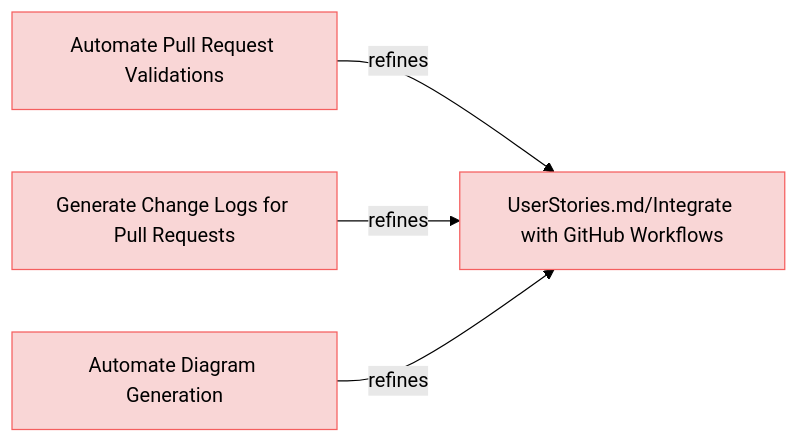
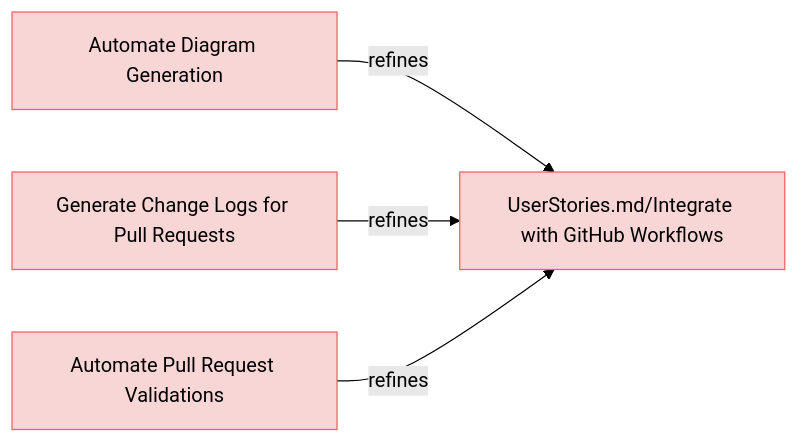
The fourth of 8 diagrams in specifications/UserRequirements.md (reqvire-org/reqvire), drawn with Mermaid (forest theme) before and after one commit. The commit also changed other lines of this file and 18 other files, not shown here.

````diff
--- a/specifications/UserRequirements.md
+++ b/specifications/UserRequirements.md
@@ -269,24 +269,24 @@
 ```mermaid
 graph LR;
   %% Graph styling
   classDef requirement fill:#f9d6d6,stroke:#f55f5f,stroke-width:1px;
   classDef verification fill:#d6f9d6,stroke:#5fd75f,stroke-width:1px;
   classDef externalLink fill:#d0e0ff,stroke:#3080ff,stroke-width:1px;
   classDef default fill:#f5f5f5,stroke:#333333,stroke-width:1px;
 
-  15f2f511b2399406["Automate Pull Request Validations"];
-  class 15f2f511b2399406 requirement;
-  click 15f2f511b2399406 "UserRequirements.md#automate-pull-request-validations";
+  98a581084d5542fa["Automate Diagram Generation"];
+  class 98a581084d5542fa requirement;
+  click 98a581084d5542fa "UserRequirements.md#automate-diagram-generation";
   98eaeddc27f99e11["UserStories.md/Integrate with GitHub Workflows"];
   class 98eaeddc27f99e11 requirement;
   click 98eaeddc27f99e11 "UserStories.md#integrate-with-github-workflows";
-  15f2f511b2399406 -->|refines| 98eaeddc27f99e11;
+  98a581084d5542fa -->|refines| 98eaeddc27f99e11;
   672b444a568468b8["Generate Change Logs for Pull Requests"];
   class 672b444a568468b8 requirement;
   click 672b444a568468b8 "UserRequirements.md#generate-change-logs-for-pull-requests";
   672b444a568468b8 -->|refines| 98eaeddc27f99e11;
-  98a581084d5542fa["Automate Diagram Generation"];
-  class 98a581084d5542fa requirement;
-  click 98a581084d5542fa "UserRequirements.md#automate-diagram-generation";
-  98a581084d5542fa -->|refines| 98eaeddc27f99e11;
+  15f2f511b2399406["Automate Pull Request Validations"];
+  class 15f2f511b2399406 requirement;
+  click 15f2f511b2399406 "UserRequirements.md#automate-pull-request-validations";
+  15f2f511b2399406 -->|refines| 98eaeddc27f99e11;
 ```
````
